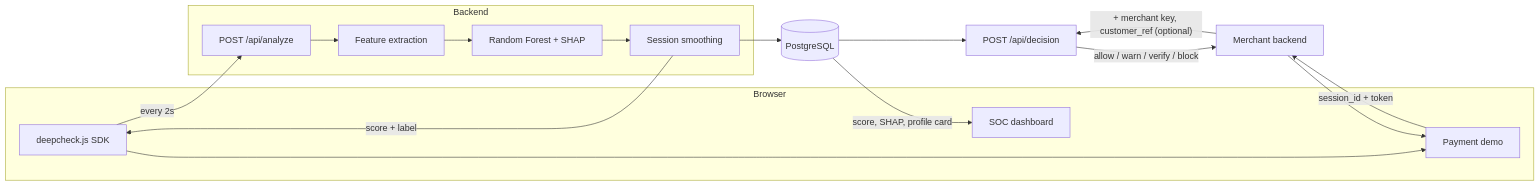
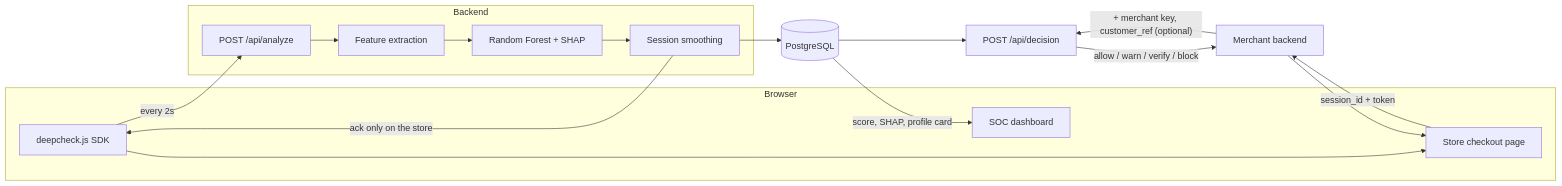
Before and after one commit to hhuseynov0707-web/deepcheck: the diagram in README.md, drawn with Mermaid. The commit also changed other lines of this file and 163 other files, not shown here.

First line of the commit message:
Split the demo into a store and a SOC app, and remove the old combined demo

````diff
--- a/README.md
+++ b/README.md
@@ -34,33 +34,33 @@
 ```mermaid
 flowchart LR
     subgraph Browser
         A[deepcheck.js SDK]
-        I[Payment demo]
+        I[Store checkout page]
         J[SOC dashboard]
     end
 
     subgraph Backend
         B[POST /api/analyze]
         C[Feature extraction]
         D[Random Forest + SHAP]
         G[Session smoothing]
     end
 
     H[(PostgreSQL)]
 
     M[Merchant backend]
 
     A -->|every 2s| B
     B --> C
     C --> D
     D --> G
     G --> H
-    G -->|score + label| A
+    G -->|"ack only on the store"| A
     A --> I
     H -->|score, SHAP, profile card| J
     I -->|session_id + token| M
     M -->|"+ merchant key, customer_ref (optional)"| K[POST /api/decision]
     H --> K
     K -->|allow / warn / verify / block| M
     M --> I
 ```
````
